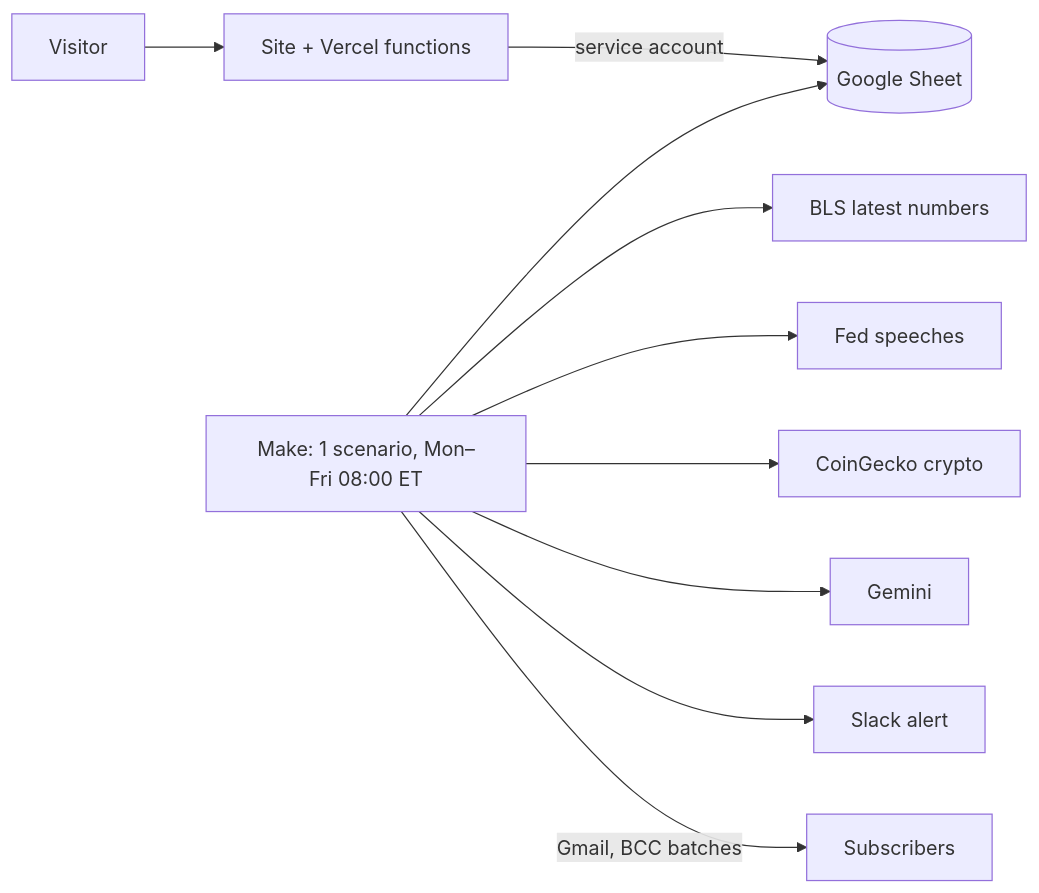
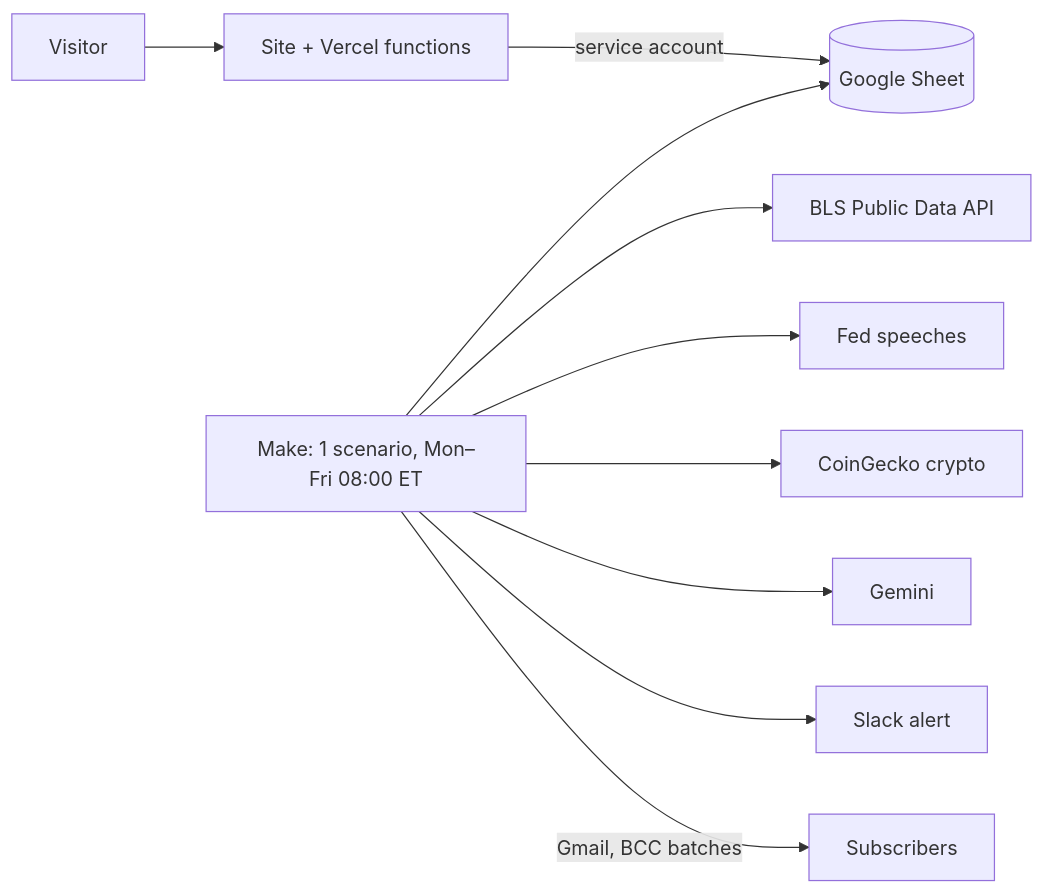
Before and after one commit to notm33na/morningmarket: the diagram in README.md, drawn with Mermaid. The commit also changed other lines of this file and 21 other files, not shown here.

First line of the commit message:
Switch BLS data to the Public Data API v2 (RSS blocked from Make)

````diff
--- a/README.md
+++ b/README.md
@@ -27,7 +27,7 @@
 ```mermaid
 flowchart LR
   V[Visitor] --> S[Site + Vercel functions] -->|service account| G[(Google Sheet)]
   M[Make: 1 scenario, Mon–Fri 08:00 ET] --> G
-  M --> B[BLS latest numbers] & FR[Fed speeches] & C[CoinGecko crypto] & AI[Gemini] & SL[Slack alert]
+  M --> B[BLS Public Data API] & FR[Fed speeches] & C[CoinGecko crypto] & AI[Gemini] & SL[Slack alert]
   M -->|Gmail, BCC batches| R[Subscribers]
 ```
````
